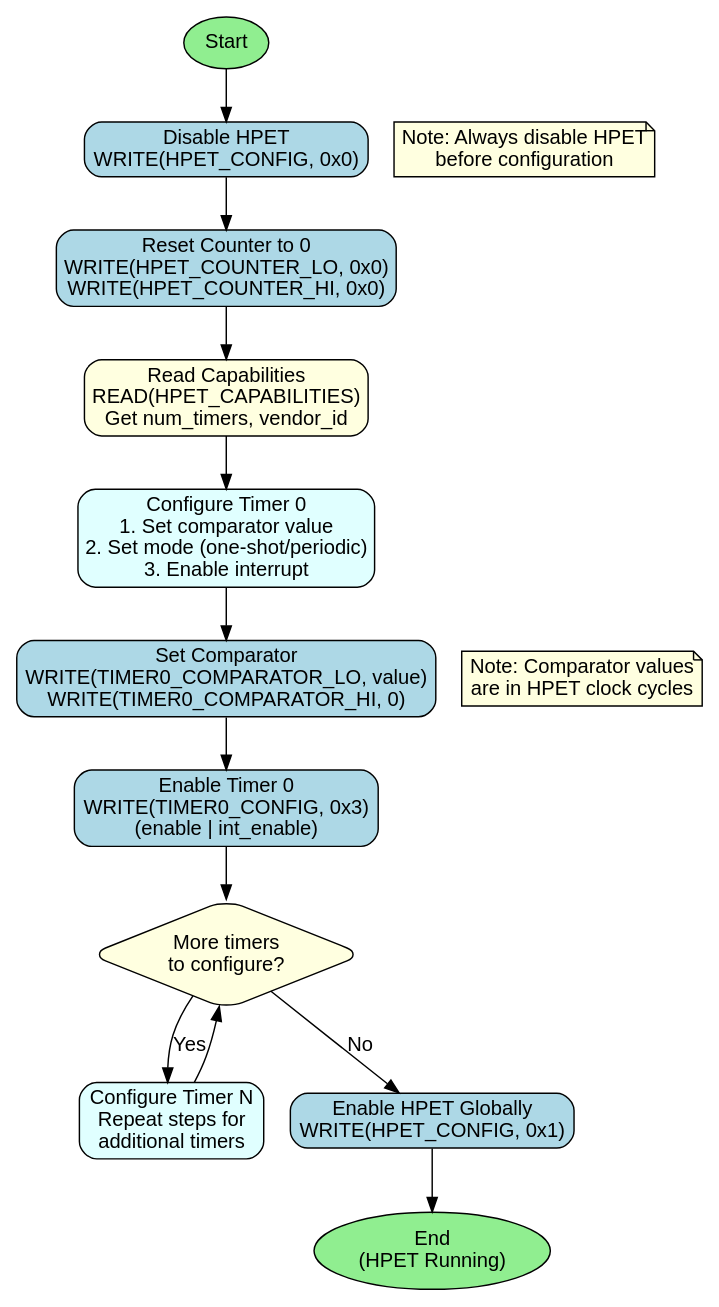
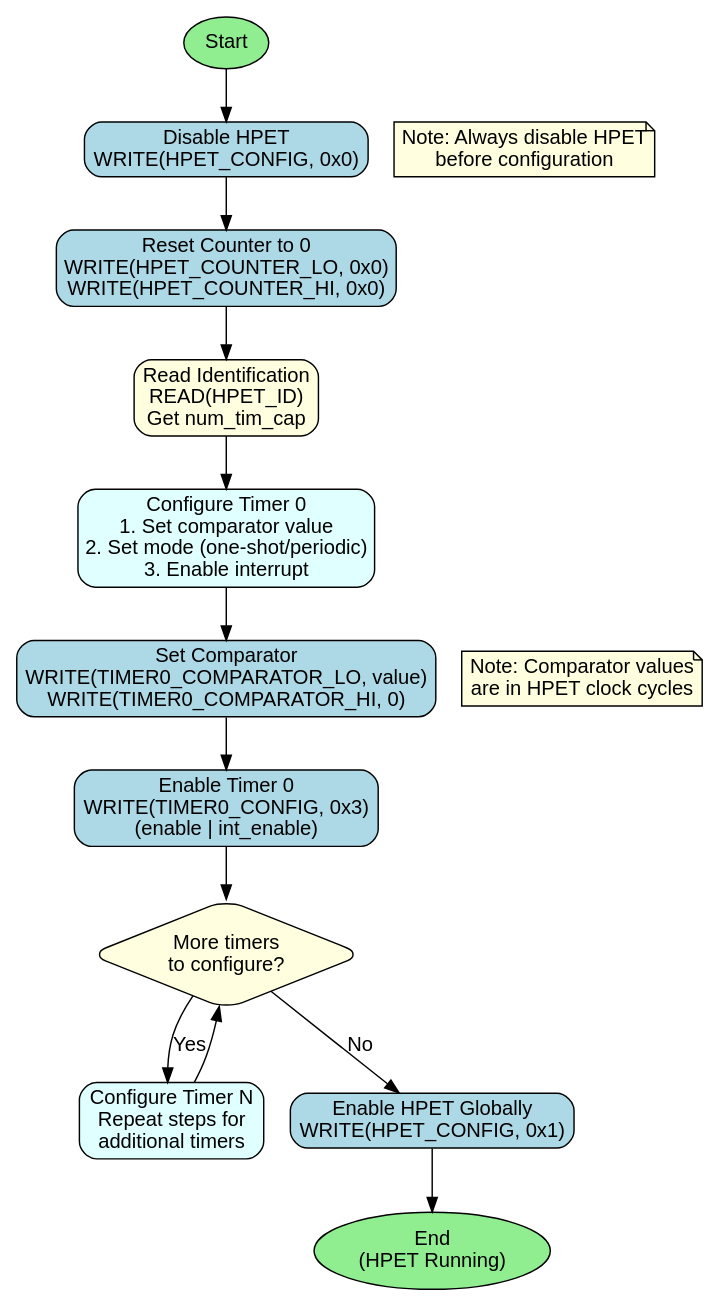
The diagram in projects/components/retro_legacy_blocks/docs/hpet_mas/assets/graphviz/software_init.dot (sean-galloway/RTLDesignSherpa), drawn with Graphviz before and after one commit. The commit also changed 28 other files, not shown here.

```diff
--- a/projects/components/retro_legacy_blocks/docs/hpet_mas/assets/graphviz/software_init.dot
+++ b/projects/components/retro_legacy_blocks/docs/hpet_mas/assets/graphviz/software_init.dot
@@ -1,52 +1,52 @@
 // HPET Software Initialization Flow
 // Render with: dot -Tpng software_init.dot -o software_init.png
 // Or: dot -Tsvg software_init.dot -o software_init.svg
 
 digraph hpet_software_init {
     // Graph attributes
     rankdir=TB;
     node [shape=box, style="rounded,filled", fillcolor=lightblue, fontname="Arial"];
     edge [fontname="Arial"];
 
     // Start/End nodes
     start [label="Start", shape=ellipse, fillcolor=lightgreen];
     end [label="End\n(HPET Running)", shape=ellipse, fillcolor=lightgreen];
 
     // Main flow
     start -> disable_hpet;
 
     disable_hpet [label="Disable HPET\nWRITE(HPET_CONFIG, 0x0)"];
     disable_hpet -> reset_counter;
 
     reset_counter [label="Reset Counter to 0\nWRITE(HPET_COUNTER_LO, 0x0)\nWRITE(HPET_COUNTER_HI, 0x0)"];
     reset_counter -> check_caps;
 
-    check_caps [label="Read Capabilities\nREAD(HPET_CAPABILITIES)\nGet num_timers, vendor_id", fillcolor=lightyellow];
+    check_caps [label="Read Identification\nREAD(HPET_ID)\nGet num_tim_cap", fillcolor=lightyellow];
     check_caps -> config_timer0;
 
     config_timer0 [label="Configure Timer 0\n1. Set comparator value\n2. Set mode (one-shot/periodic)\n3. Enable interrupt", fillcolor=lightcyan];
     config_timer0 -> set_comp0;
 
     set_comp0 [label="Set Comparator\nWRITE(TIMER0_COMPARATOR_LO, value)\nWRITE(TIMER0_COMPARATOR_HI, 0)"];
     set_comp0 -> set_config0;
 
     set_config0 [label="Enable Timer 0\nWRITE(TIMER0_CONFIG, 0x3)\n(enable | int_enable)"];
     set_config0 -> more_timers;
 
     more_timers [label="More timers\nto configure?", shape=diamond, fillcolor=lightyellow];
     more_timers -> config_timerN [label="Yes"];
     more_timers -> enable_hpet [label="No"];
 
     config_timerN [label="Configure Timer N\nRepeat steps for\nadditional timers", fillcolor=lightcyan];
     config_timerN -> more_timers;
 
     enable_hpet [label="Enable HPET Globally\nWRITE(HPET_CONFIG, 0x1)"];
     enable_hpet -> end;
 
     // Notes
     note1 [label="Note: Always disable HPET\nbefore configuration", shape=note, fillcolor=lightyellow, style=filled];
     note2 [label="Note: Comparator values\nare in HPET clock cycles", shape=note, fillcolor=lightyellow, style=filled];
 
     {rank=same; disable_hpet; note1;}
     {rank=same; set_comp0; note2;}
 }
```
